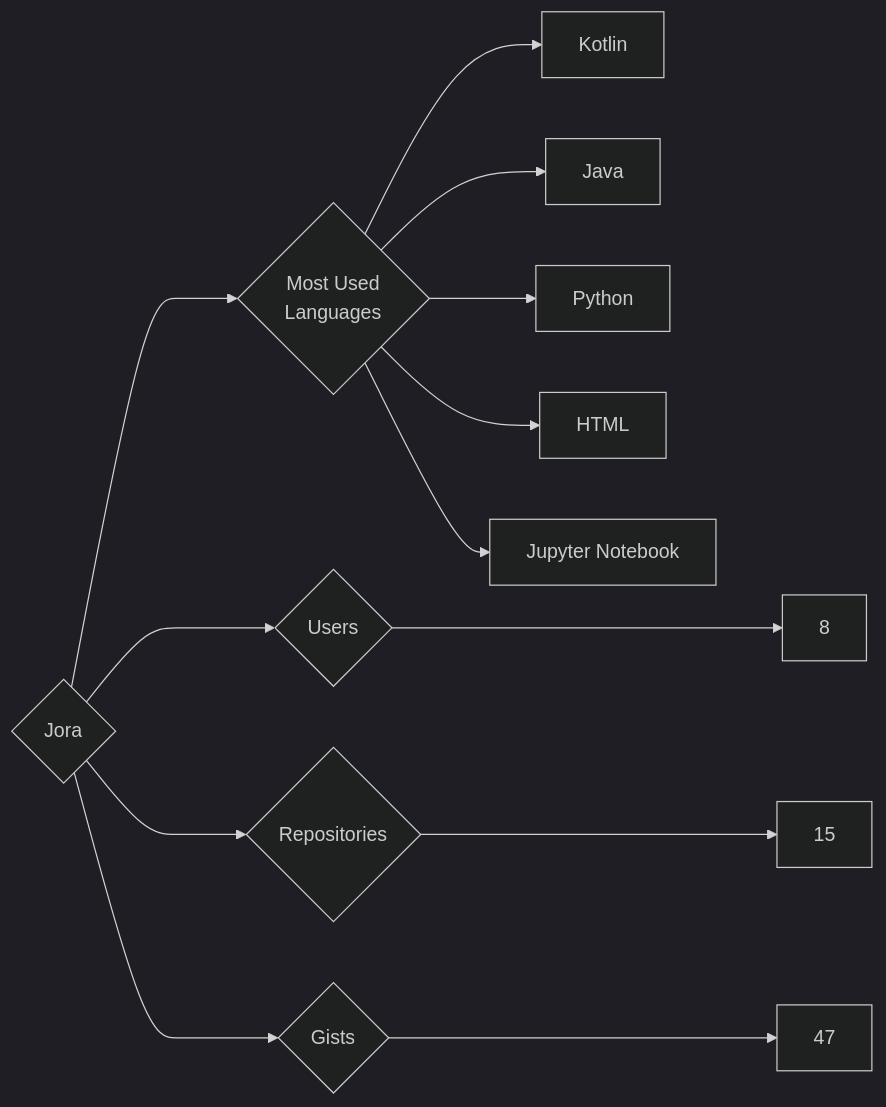
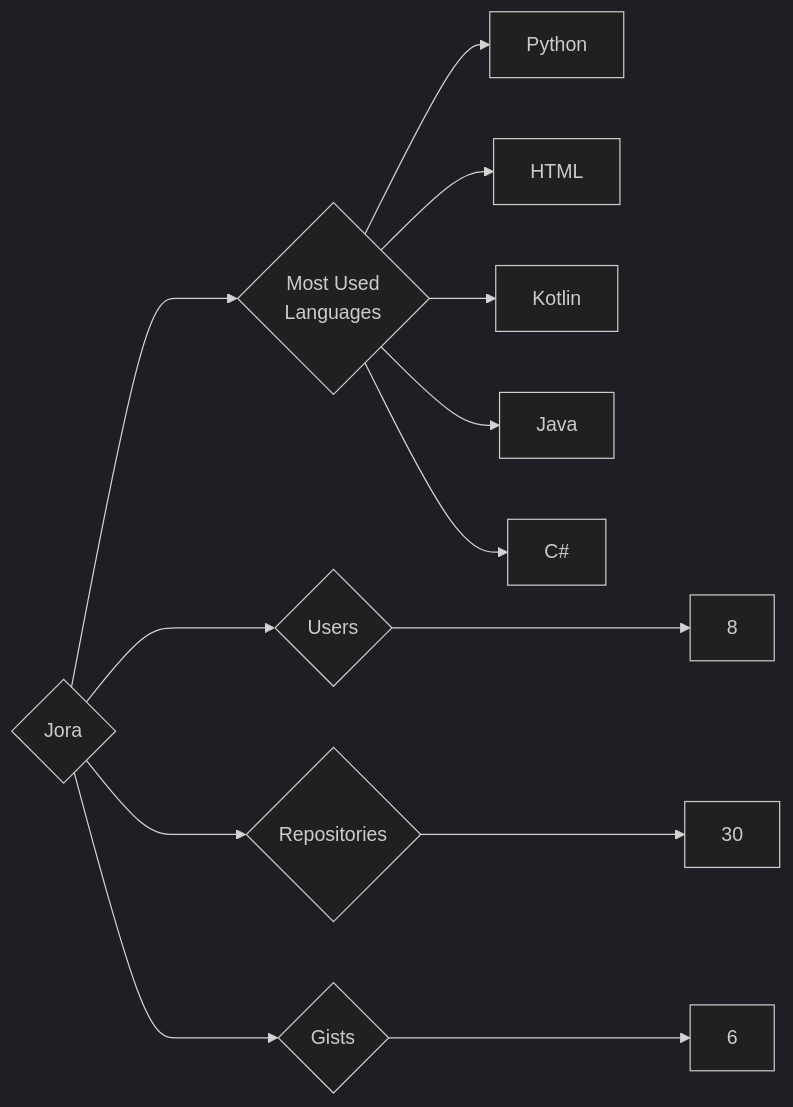
One commit to trickest/insiders changed the diagram in targets/Jora/README.md. Above: the diagram before and after it, drawn with Mermaid (dark theme). The commit also changed 838 other files, not shown here.

````diff
--- a/targets/Jora/README.md
+++ b/targets/Jora/README.md
@@ -3,13 +3,13 @@
 ```mermaid
 graph LR
 COMPANY_NAME{Jora}
 COMPANY_NAME ---> U{Users} ---> UN[8]
-COMPANY_NAME ---> R{Repositories} ---> RN[15]
-COMPANY_NAME ---> G{Gists} ---> GN[47]
+COMPANY_NAME ---> R{Repositories} ---> RN[30]
+COMPANY_NAME ---> G{Gists} ---> GN[6]
 COMPANY_NAME ---> ML{Most Used<br>Languages}
+ML --> Python[Python]
+ML --> HTML[HTML]
 ML --> Kotlin[Kotlin]
 ML --> Java[Java]
-ML --> Python[Python]
-ML --> HTML[HTML]
-ML --> Jupyter_Notebook[Jupyter Notebook]
+ML --> C#[C#]
 ```
````
